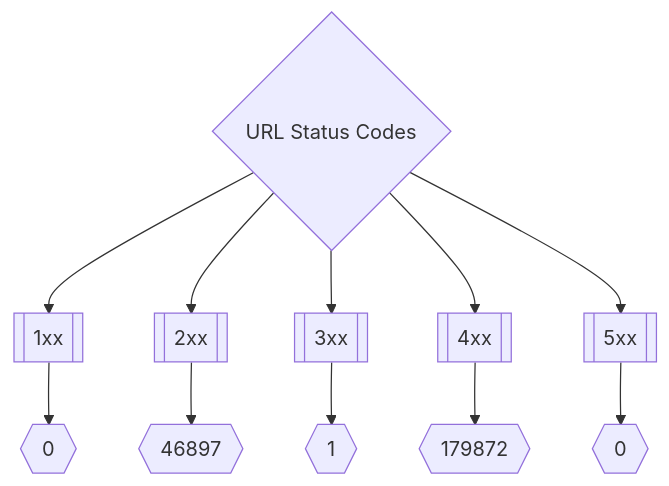
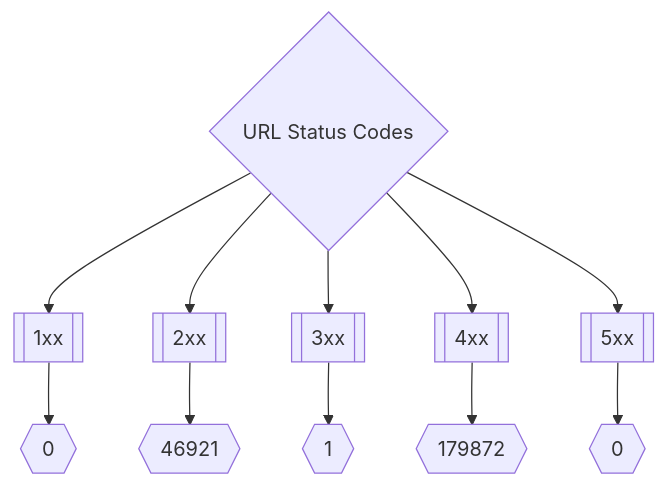
Before and after one commit to trickest/inventory: the second of 3 diagrams in README.md, drawn with Mermaid. The commit also changed other lines of this file, not shown here.

````diff
--- a/README.md
+++ b/README.md
@@ -173,8 +173,8 @@
 ```mermaid
 graph TD
 title{URL Status Codes} --> 1xx[[1xx]] --> status1xxNum{{0}}
-title --> 2xx[[2xx]] --> status2xxNum{{46897}}
+title --> 2xx[[2xx]] --> status2xxNum{{46921}}
 title --> 3xx[[3xx]] --> status3xxNum{{1}}
 title --> 4xx[[4xx]] --> status4xxNum{{179872}}
 title --> 5xx[[5xx]] --> status5xxNum{{0}}
 ```
````
